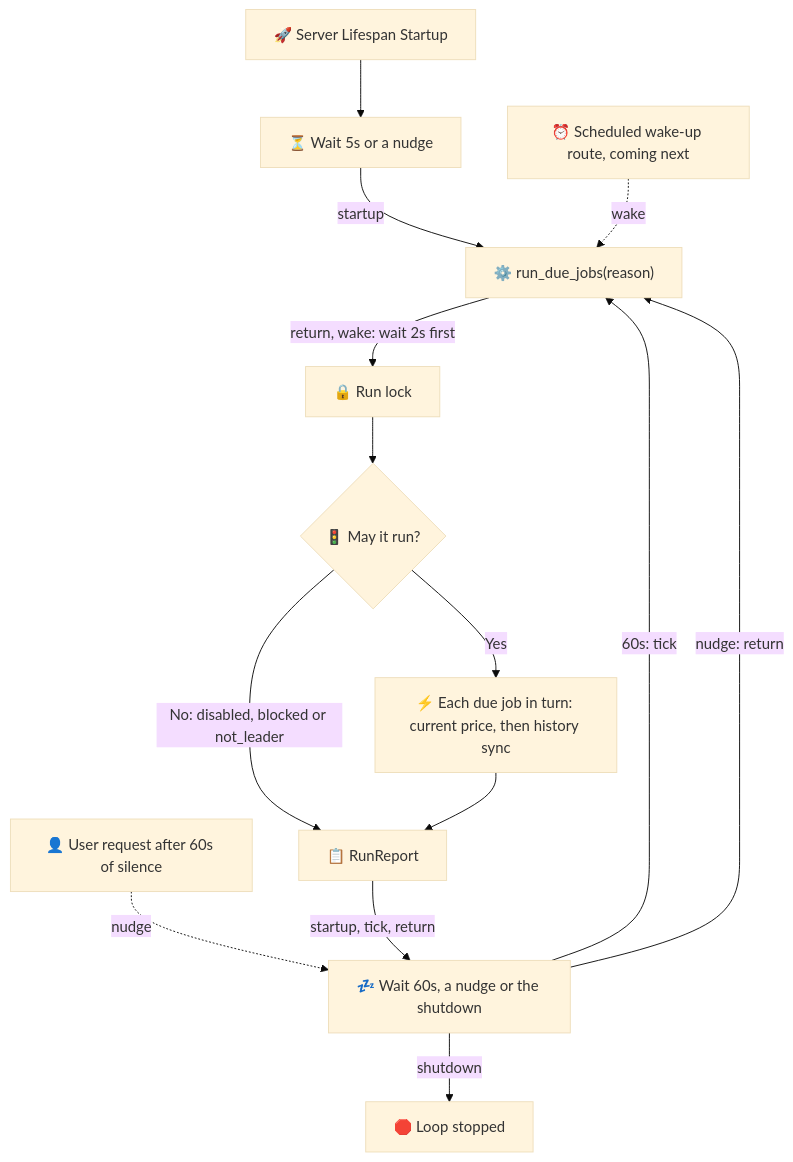
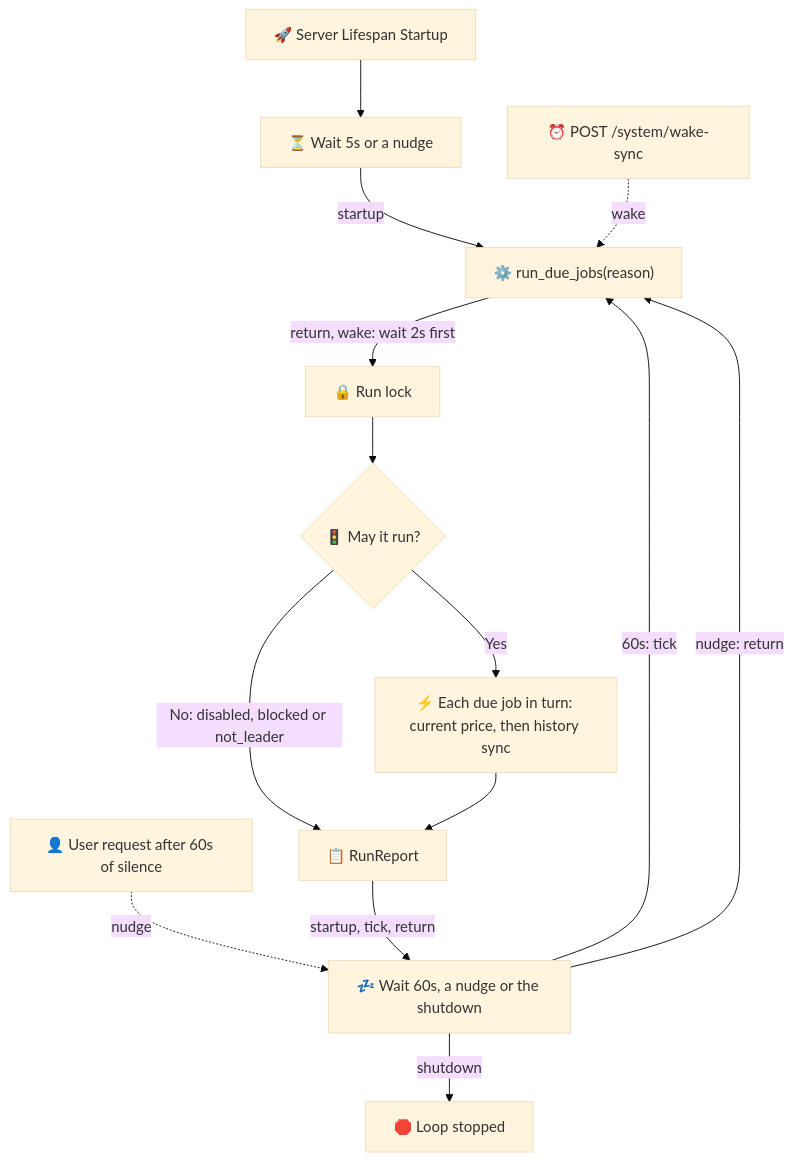
One commit to Librefolio/LibreFolio changed the diagram in mkdocs_src/docs/developer/backend/scheduler.md. Above: the diagram before and after it, drawn with Mermaid (base theme). The commit also changed other lines of this file and 21 other files, not shown here.

First line of the commit message:
feat(platform): scheduled wake-up route wake-sync

````diff
--- a/mkdocs_src/docs/developer/backend/scheduler.md
+++ b/mkdocs_src/docs/developer/backend/scheduler.md
@@ -11,16 +11,16 @@
 ```mermaid
 graph TD
     Start["🚀 Server Lifespan Startup"] --> FirstWait["⏳ Wait 5s or a nudge"]
     FirstWait -->|startup| Run["⚙️ run_due_jobs(reason)"]
     User["👤 User request after 60s of silence"] -.->|nudge| Wait
-    Wake["⏰ Scheduled wake-up route, coming next"] -.->|wake| Run
+    Wake["⏰ POST /system/wake-sync"] -.->|wake| Run
     Run -->|"return, wake: wait 2s first"| Lock["🔒 Run lock"]
     Lock --> Checks{"🚦 May it run?"}
     Checks -->|"No: disabled, blocked or not_leader"| Report["📋 RunReport"]
     Checks -->|Yes| Jobs["⚡ Each due job in turn: current price, then history sync"]
     Jobs --> Report
     Report -->|"startup, tick, return"| Wait["💤 Wait 60s, a nudge or the shutdown"]
     Wait -->|"60s: tick"| Run
     Wait -->|"nudge: return"| Run
     Wait -->|shutdown| Stop["🛑 Loop stopped"]
 ```
````
